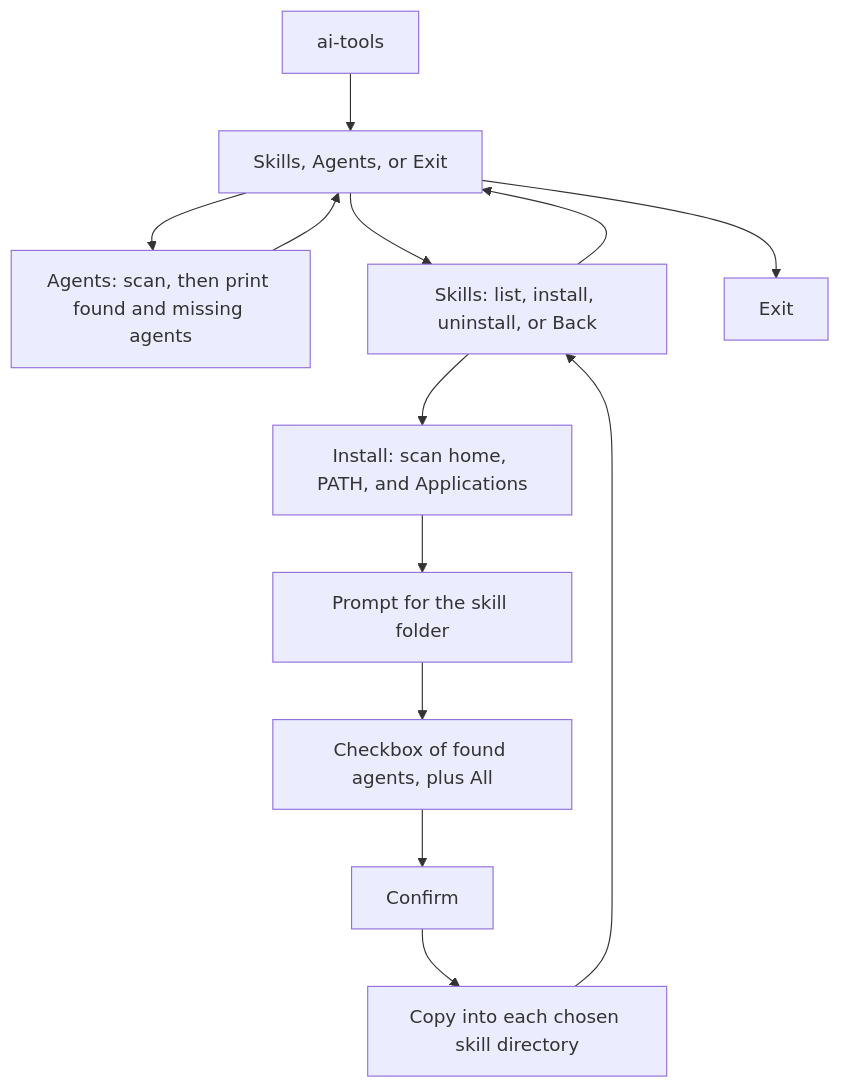
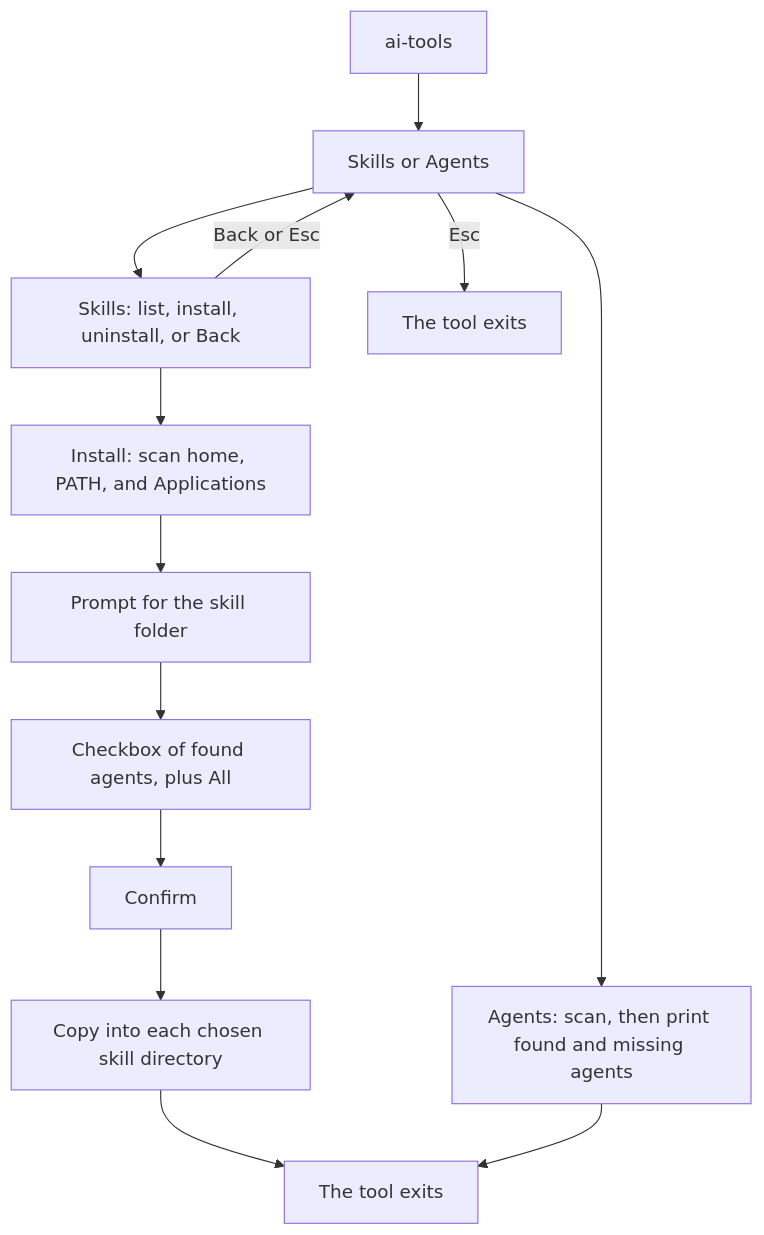
Before and after one commit to coderdark/ai-tools: the diagram in PLAN.md, drawn with Mermaid. The commit also changed other lines of this file and 16 other files, not shown here.

First line of the commit message:
Make the menu a one-action launcher with dated skill lists and an agents list

````diff
--- a/PLAN.md
+++ b/PLAN.md
@@ -25,15 +25,15 @@
 ```mermaid
 flowchart TD
-  start["ai-tools"] --> menu["Skills, Agents, or Exit"]
+  start["ai-tools"] --> menu["Skills or Agents"]
   menu --> show["Agents: scan, then print found and missing agents"]
   menu --> skillsMenu["Skills: list, install, uninstall, or Back"]
   skillsMenu --> scan["Install: scan home, PATH, and Applications"]
   scan --> path["Prompt for the skill folder"]
   path --> pick["Checkbox of found agents, plus All"]
   pick --> confirm["Confirm"]
   confirm --> copy["Copy into each chosen skill directory"]
-  copy --> skillsMenu
-  skillsMenu --> menu
-  show --> menu
-  menu --> done["Exit"]
+  copy --> done["The tool exits"]
+  skillsMenu -->|"Back or Esc"| menu
+  show --> done
+  menu -->|"Esc"| leave["The tool exits"]
 ```
````
